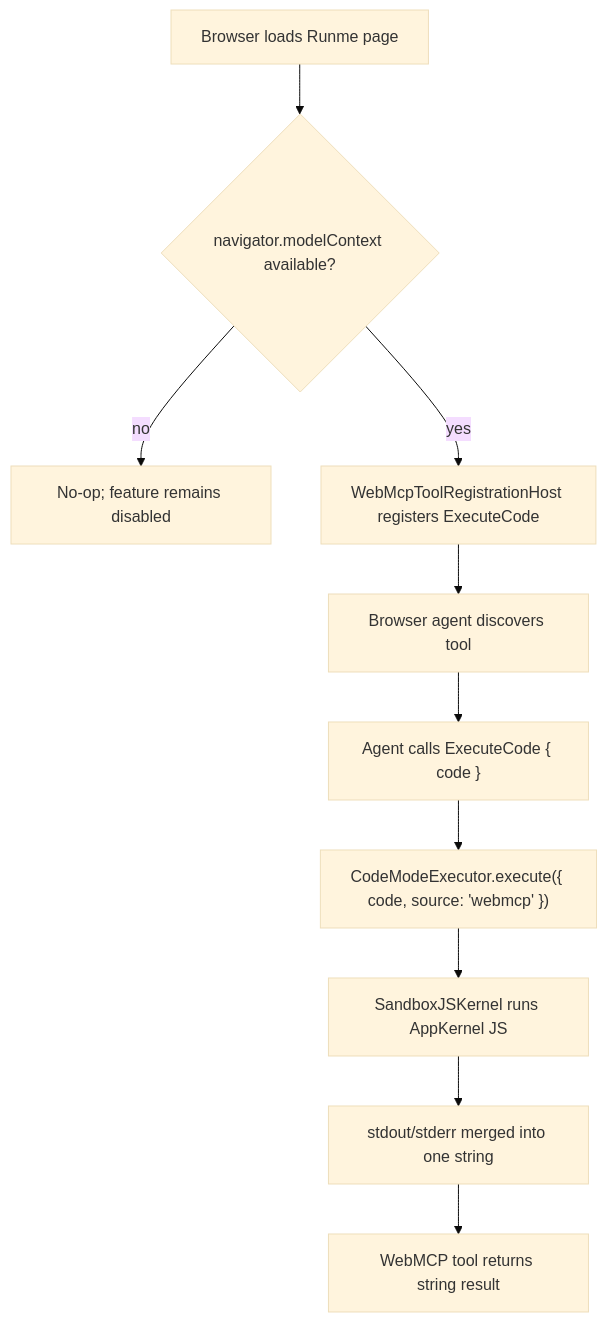
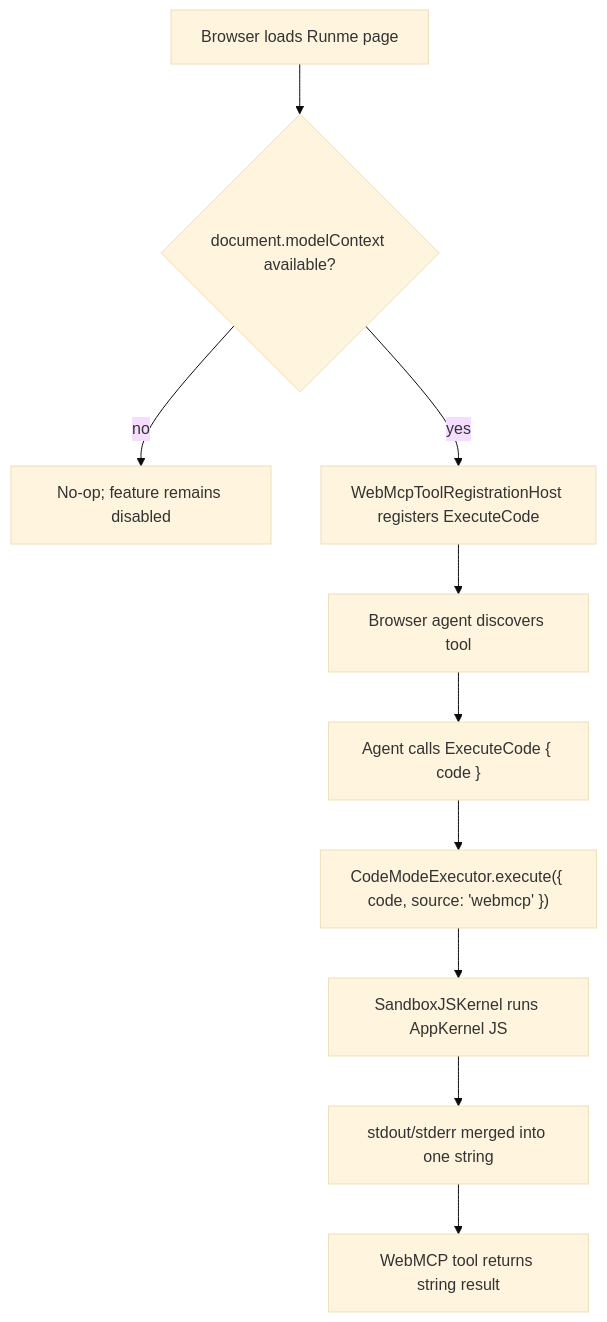
One commit to runmedev/web changed the diagram in docs-dev/design/20260510_webmcp.md. Above: the diagram before and after it, drawn with Mermaid (base theme). The commit also changed other lines of this file and 2 other files, not shown here.

````diff
--- a/docs-dev/design/20260510_webmcp.md
+++ b/docs-dev/design/20260510_webmcp.md
@@ -293,12 +298,12 @@
 ```mermaid
 flowchart TD
-    A["Browser loads Runme page"] --> B{"navigator.modelContext available?"}
+    A["Browser loads Runme page"] --> B{"document.modelContext available?"}
     B -- "no" --> C["No-op; feature remains disabled"]
     B -- "yes" --> D["WebMcpToolRegistrationHost registers ExecuteCode"]
     D --> E["Browser agent discovers tool"]
     E --> F["Agent calls ExecuteCode { code }"]
     F --> G["CodeModeExecutor.execute({ code, source: 'webmcp' })"]
     G --> H["SandboxJSKernel runs AppKernel JS"]
     H --> I["stdout/stderr merged into one string"]
     I --> J["WebMCP tool returns string result"]
 ```
````
